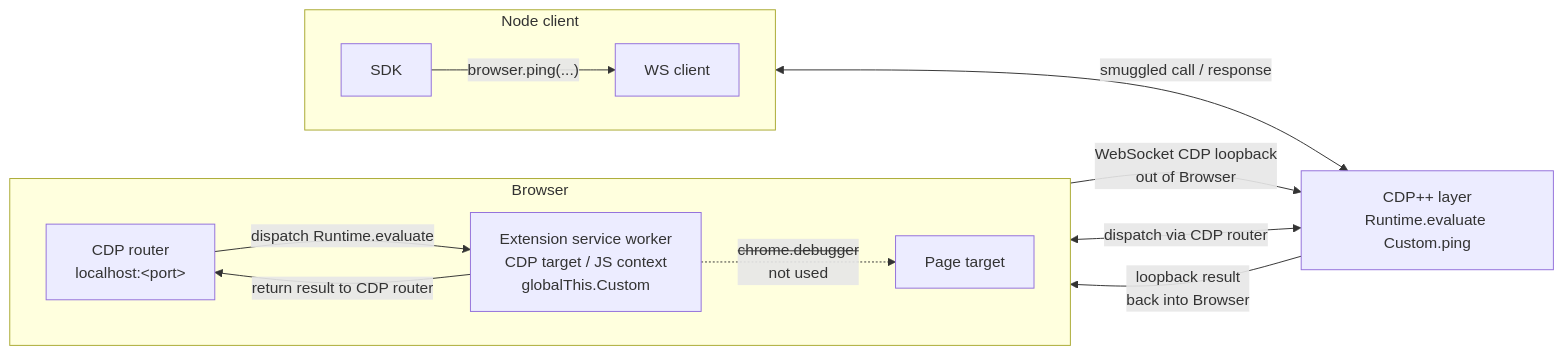
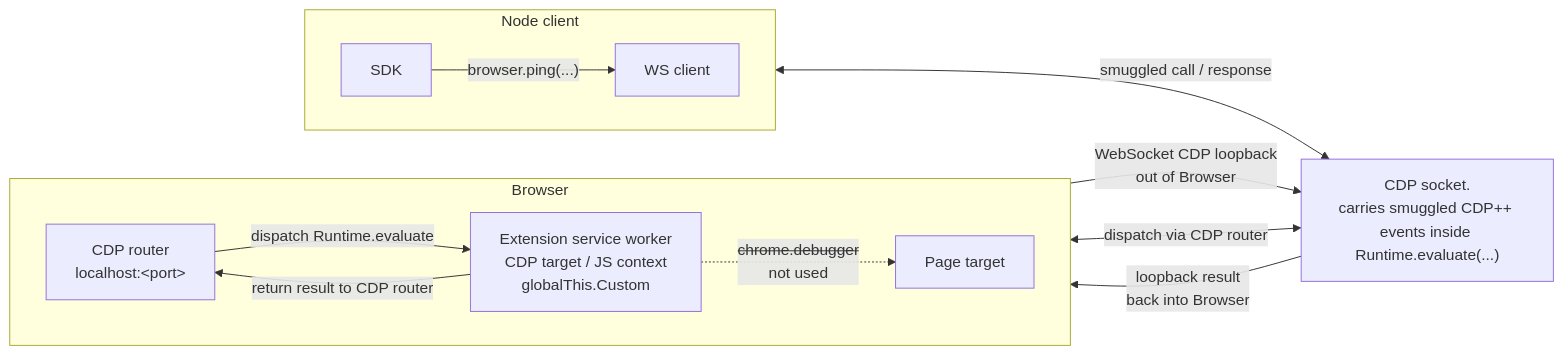
The third of 4 diagrams in README.md (pirate/chrome-cdp-extension-bridge), drawn with Mermaid before and after one commit. The commit also changed other lines of this file, not shown here.

Commit message:
Align CDP socket flow diagrams

````diff
--- a/README.md
+++ b/README.md
@@ -102,26 +109,26 @@
 ```mermaid
 flowchart LR
   subgraph Node["Node client"]
     direction LR
     SDK["SDK"]
     WS["WS client"]
     SDK -->|"browser.ping(...)"| WS
   end
 
   subgraph Browser["Browser"]
     direction LR
     CDP["CDP router<br/>localhost:&lt;port&gt;"]
     SW["Extension service worker<br/>CDP target / JS context<br/>globalThis.Custom"]
     Page["Page target"]
     CDP -->|"dispatch Runtime.evaluate"| SW
     SW -. "<s>chrome.debugger</s><br/>not used" .-> Page
   end
 
-  Smuggle["CDP++ layer<br/>Runtime.evaluate Custom.ping"]
+  Socket["CDP socket.<br/>carries smuggled CDP++ events inside Runtime.evaluate(...)"]
 
-  WS <-->|"smuggled call / response"| Smuggle
-  Smuggle <-->|"dispatch via CDP router"| CDP
-  SW -->|"WebSocket CDP loopback<br/>out of Browser"| Smuggle
-  Smuggle -->|"loopback result<br/>back into Browser"| SW
+  WS <-->|"smuggled call / response"| Socket
+  Socket <-->|"dispatch via CDP router"| CDP
+  SW -->|"WebSocket CDP loopback<br/>out of Browser"| Socket
+  Socket -->|"loopback result<br/>back into Browser"| SW
   SW -->|"return result to CDP router"| CDP
 ```
````
